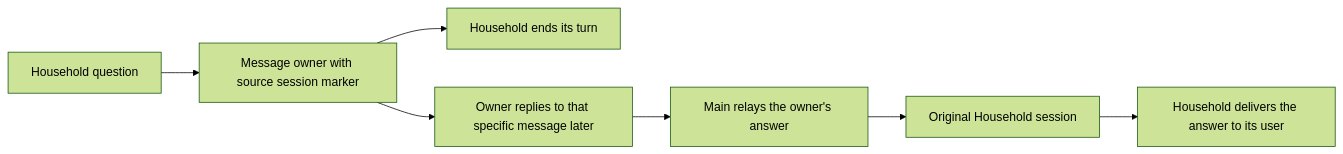
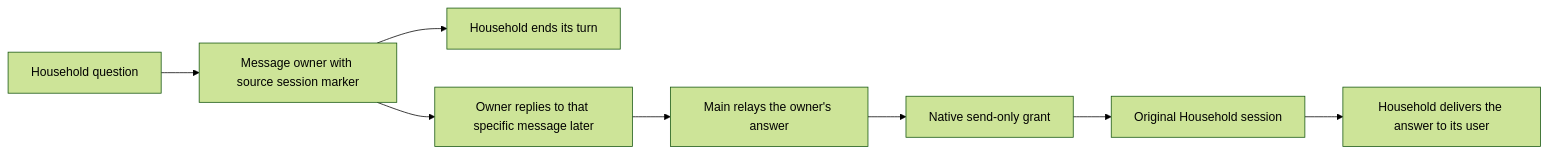
The diagram in docs/plans/household-relay-restoration.md (coletaylor788/puddles), drawn with Mermaid (forest theme) before and after one commit. The commit also changed other lines of this file and 11 other files, not shown here.

Commit message:
Grant native answer returns without widening session access

````diff
--- a/docs/plans/household-relay-restoration.md
+++ b/docs/plans/household-relay-restoration.md
@@ -16,9 +16,10 @@
 ```mermaid
 flowchart LR
     Household[Household question] --> Ping[Message owner with source session marker]
     Ping --> Wait[Household ends its turn]
     Ping --> Reply[Owner replies to that specific message later]
     Reply --> Main[Main relays the owner's answer]
-    Main --> Session[Original Household session]
+    Main --> Grant[Native send-only grant]
+    Grant --> Session[Original Household session]
     Session --> User[Household delivers the answer to its user]
 ```
````
